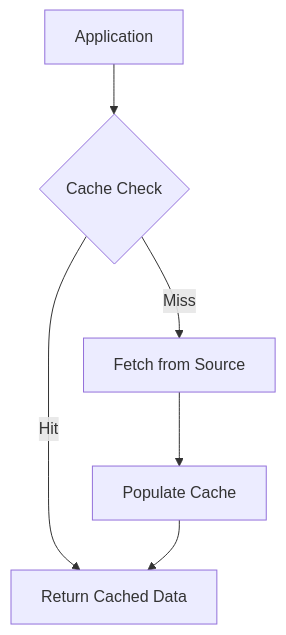
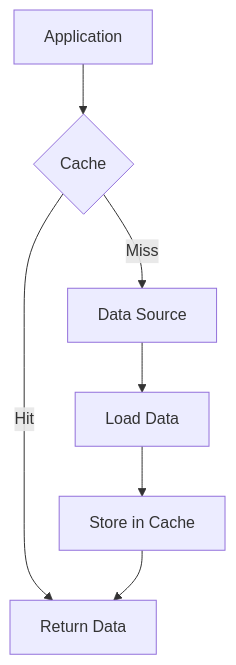
One commit to VrushankPatel/interview-matters changed the diagram in caching/README.md. Above: the diagram before and after it, drawn with Mermaid. The commit also changed other lines of this file and 4 other files, not shown here.

````diff
--- a/caching/README.md
+++ b/caching/README.md
@@ -34,8 +27,9 @@
 ```mermaid
 graph TD
-    A[Application] --> B{Cache Check}
-    B -->|Hit| C[Return Cached Data]
-    B -->|Miss| D[Fetch from Source]
-    D --> E[Populate Cache]
-    E --> C
+    A[Application] --> B{Cache}
+    B -->|Hit| C[Return Data]
+    B -->|Miss| D[Data Source]
+    D --> E[Load Data]
+    E --> F[Store in Cache]
+    F --> C
 ```
````
